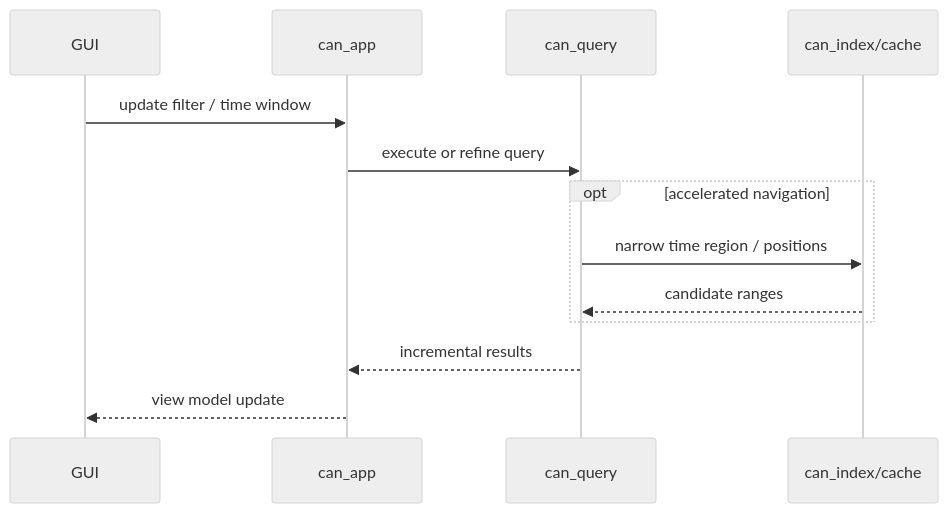
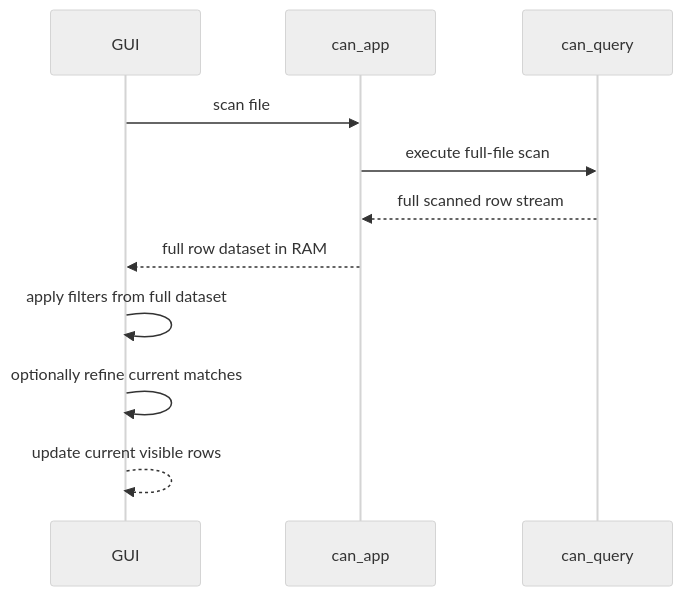
Before and after one commit to sauronc0de/canpp: the seventh of 7 diagrams in docs/architecture/04_runtime_flows.md, drawn with Mermaid (neutral theme). The commit also changed other lines of this file and 5 other files, not shown here.

````diff
--- a/docs/architecture/04_runtime_flows.md
+++ b/docs/architecture/04_runtime_flows.md
@@ -314,16 +314,14 @@
 ```mermaid
 sequenceDiagram
     participant UI as GUI
     participant APP as can_app
     participant Q as can_query
-    participant IDX as can_index/cache
-
-    UI->>APP: update filter / time window
-    APP->>Q: execute or refine query
-    opt accelerated navigation
-        Q->>IDX: narrow time region / positions
-        IDX-->>Q: candidate ranges
-    end
-    Q-->>APP: incremental results
-    APP-->>UI: view model update
+    
+    UI->>APP: scan file
+    APP->>Q: execute full-file scan
+    Q-->>APP: full scanned row stream
+    APP-->>UI: full row dataset in RAM
+    UI->>UI: apply filters from full dataset
+    UI->>UI: optionally refine current matches
+    UI-->>UI: update current visible rows
 ```
````
